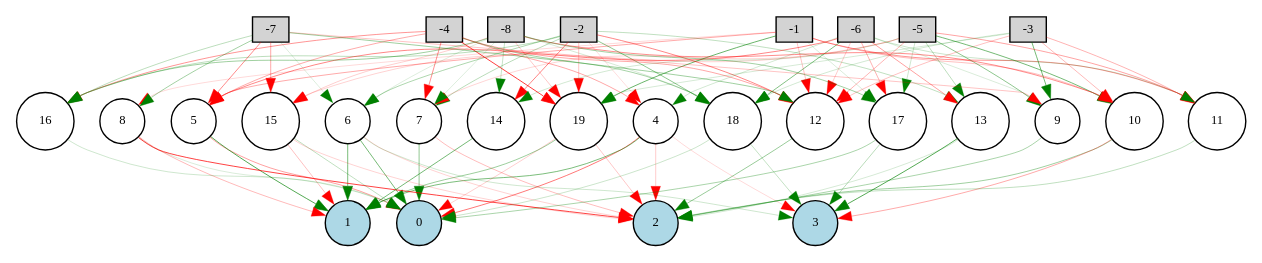
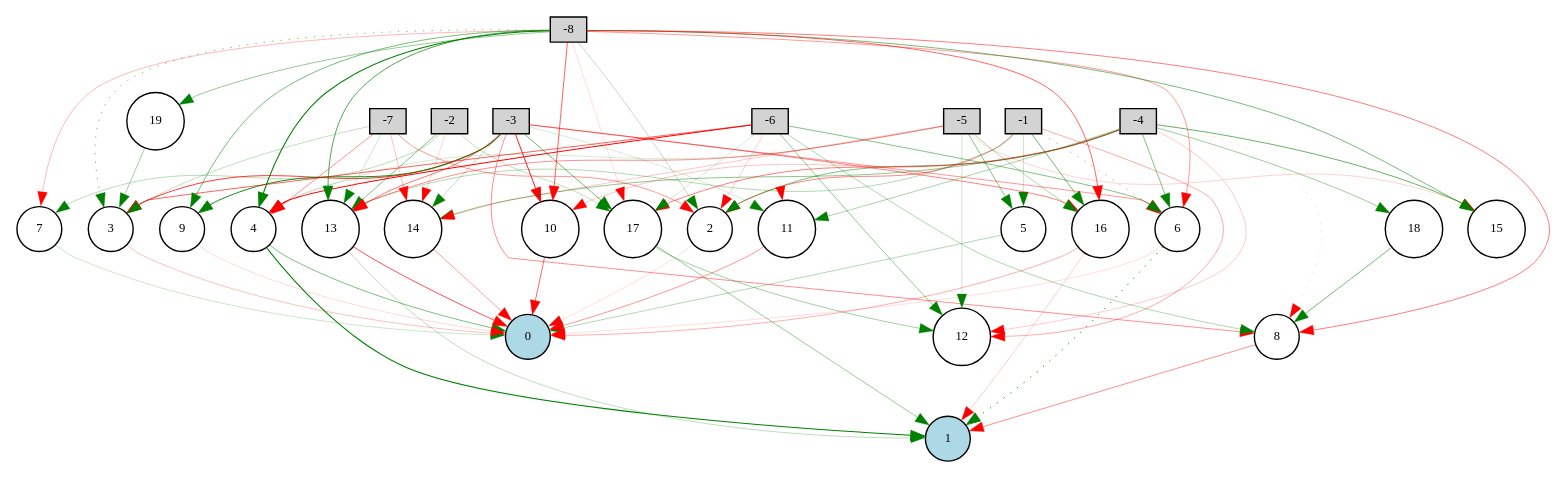
Before and after one commit to Syntox32/NEATure: the diagram in Digraph.gv, drawn with Graphviz. The commit also changed 6 other files, not shown here.

```diff
--- a/Digraph.gv
+++ b/Digraph.gv
@@ -1,127 +1,116 @@
 digraph {
 	node [fontsize=9 height=0.2 shape=circle width=0.2]
 	-1 [fillcolor=lightgray shape=box style=filled]
 	-2 [fillcolor=lightgray shape=box style=filled]
 	-3 [fillcolor=lightgray shape=box style=filled]
 	-4 [fillcolor=lightgray shape=box style=filled]
 	-5 [fillcolor=lightgray shape=box style=filled]
 	-6 [fillcolor=lightgray shape=box style=filled]
 	-7 [fillcolor=lightgray shape=box style=filled]
 	-8 [fillcolor=lightgray shape=box style=filled]
 	0 [fillcolor=lightblue style=filled]
 	1 [fillcolor=lightblue style=filled]
-	2 [fillcolor=lightblue style=filled]
-	3 [fillcolor=lightblue style=filled]
+	2 [fillcolor=white style=filled]
+	3 [fillcolor=white style=filled]
 	4 [fillcolor=white style=filled]
 	5 [fillcolor=white style=filled]
 	6 [fillcolor=white style=filled]
 	7 [fillcolor=white style=filled]
 	8 [fillcolor=white style=filled]
 	9 [fillcolor=white style=filled]
 	10 [fillcolor=white style=filled]
 	11 [fillcolor=white style=filled]
 	12 [fillcolor=white style=filled]
 	13 [fillcolor=white style=filled]
 	14 [fillcolor=white style=filled]
 	15 [fillcolor=white style=filled]
 	16 [fillcolor=white style=filled]
 	17 [fillcolor=white style=filled]
 	18 [fillcolor=white style=filled]
 	19 [fillcolor=white style=filled]
-		-3 -> 11 [color=red penwidth=0.22157885805143343 style=solid]
-		6 -> 2 [color=red penwidth=0.1281644853517922 style=solid]
-		-6 -> 11 [color=green penwidth=0.15375551859060088 style=solid]
-		14 -> 1 [color=green penwidth=0.39141069092293534 style=solid]
-		-3 -> 10 [color=red penwidth=0.19728956615981386 style=solid]
-		-6 -> 13 [color=red penwidth=0.2747460639768723 style=solid]
-		13 -> 2 [color=green penwidth=0.1161055111191735 style=solid]
-		18 -> 0 [color=green penwidth=0.1530408400915826 style=solid]
-		-1 -> 5 [color=red penwidth=0.23649714263149682 style=solid]
-		17 -> 3 [color=green penwidth=0.20253962631761951 style=solid]
-		4 -> 3 [color=red penwidth=0.1116242493584734 style=solid]
-		-5 -> 11 [color=red penwidth=0.25984941222842395 style=solid]
-		19 -> 0 [color=red penwidth=0.13680585548960147 style=solid]
-		8 -> 0 [color=green penwidth=0.10607905869142994 style=solid]
-		19 -> 2 [color=red penwidth=0.15772712293592644 style=solid]
-		-5 -> 13 [color=green penwidth=0.18842174760066155 style=solid]
-		-5 -> 10 [color=green penwidth=0.3920239029907405 style=solid]
-		4 -> 0 [color=red penwidth=0.38382142674962483 style=solid]
-		-8 -> 10 [color=red penwidth=0.31568870608122834 style=solid]
-		-1 -> 17 [color=green penwidth=0.11370804342747555 style=solid]
-		-3 -> 9 [color=green penwidth=0.3914079012366207 style=solid]
-		-7 -> 6 [color=green penwidth=0.10127121367536775 style=solid]
-		-8 -> 16 [color=green penwidth=0.26813087647152245 style=solid]
-		5 -> 1 [color=green penwidth=0.48188121097611003 style=solid]
-		10 -> 2 [color=green penwidth=0.26521291343303594 style=solid]
-		-1 -> 11 [color=red penwidth=0.2993920645166984 style=solid]
-		-6 -> 4 [color=green penwidth=0.12948200160381362 style=solid]
-		19 -> 1 [color=green penwidth=0.279357077693248 style=solid]
-		-4 -> 4 [color=red penwidth=0.24896835810560938 style=solid]
-		11 -> 2 [color=green penwidth=0.18400698672437005 style=solid]
-		17 -> 0 [color=green penwidth=0.23691203923182189 style=solid]
-		-5 -> 17 [color=green penwidth=0.1377935793951668 style=solid]
-		-5 -> 15 [color=red penwidth=0.1271050738610737 style=solid]
-		15 -> 2 [color=red penwidth=0.12722562366014648 style=solid]
-		-2 -> 19 [color=red penwidth=0.1665109170251904 style=solid]
-		-4 -> 5 [color=red penwidth=0.23831778269215953 style=solid]
-		-4 -> 7 [color=red penwidth=0.31002312448429703 style=solid]
-		-4 -> 19 [color=red penwidth=0.538630247061856 style=solid]
-		-8 -> 14 [color=green penwidth=0.161493047033908 style=solid]
-		-1 -> 12 [color=red penwidth=0.1724725697863477 style=solid]
-		-2 -> 14 [color=red penwidth=0.35276739103240407 style=solid]
-		-3 -> 18 [color=green penwidth=0.12544287343206045 style=solid]
-		10 -> 3 [color=red penwidth=0.24276192882755024 style=solid]
-		-8 -> 15 [color=red penwidth=0.13640154569908292 style=solid]
-		-2 -> 18 [color=green penwidth=0.31999899993580483 style=solid]
-		-7 -> 5 [color=red penwidth=0.3321244121686471 style=solid]
-		-1 -> 19 [color=green penwidth=0.42184949735019517 style=solid]
-		-2 -> 6 [color=green penwidth=0.2293341158079956 style=solid]
-		12 -> 2 [color=green penwidth=0.2892805408564141 style=solid]
-		-1 -> 8 [color=red penwidth=0.10757620158473868 style=solid]
-		-2 -> 4 [color=red penwidth=0.10285800169716909 style=solid]
-		7 -> 2 [color=red penwidth=0.18774125833476457 style=solid]
-		-6 -> 5 [color=red penwidth=0.3359041192071265 style=solid]
-		-5 -> 14 [color=green penwidth=0.12516346622912503 style=solid]
-		-4 -> 12 [color=red penwidth=0.2478461874642039 style=solid]
-		-8 -> 19 [color=red penwidth=0.1605853039798742 style=solid]
-		9 -> 2 [color=green penwidth=0.24382218626897495 style=solid]
-		-2 -> 12 [color=red penwidth=0.33728751087853204 style=solid]
-		-6 -> 12 [color=red penwidth=0.14616277853524318 style=solid]
-		13 -> 3 [color=green penwidth=0.4823030290679211 style=solid]
-		7 -> 0 [color=green penwidth=0.3068498978445384 style=solid]
-		6 -> 3 [color=green penwidth=0.1390910421244133 style=solid]
-		8 -> 1 [color=red penwidth=0.1950697848087528 style=solid]
-		-2 -> 16 [color=green penwidth=0.1917817971009 style=solid]
-		-6 -> 18 [color=green penwidth=0.3520229350392141 style=solid]
-		-5 -> 7 [color=red penwidth=0.12233600301091188 style=solid]
-		-3 -> 19 [color=green penwidth=0.11942582812827307 style=solid]
-		-8 -> 17 [color=green penwidth=0.26267925174501916 style=solid]
-		4 -> 1 [color=green penwidth=0.3657963333744918 style=solid]
-		4 -> 2 [color=red penwidth=0.15414913718936019 style=solid]
-		-5 -> 12 [color=red penwidth=0.2145686185008231 style=solid]
-		-6 -> 17 [color=red penwidth=0.21731809053290158 style=solid]
-		-7 -> 9 [color=red penwidth=0.1724042280783033 style=solid]
-		-7 -> 16 [color=green penwidth=0.185154944174141 style=solid]
-		6 -> 1 [color=green penwidth=0.38106011786870964 style=solid]
-		-7 -> 12 [color=green penwidth=0.26757810217936584 style=solid]
-		-2 -> 7 [color=green penwidth=0.2041840304517728 style=solid]
-		-4 -> 18 [color=green penwidth=0.2518171068071069 style=solid]
-		-2 -> 13 [color=green penwidth=0.1841635592603778 style=solid]
-		18 -> 3 [color=green penwidth=0.173799734254869 style=solid]
-		6 -> 0 [color=green penwidth=0.38840628992620485 style=solid]
-		-4 -> 16 [color=red penwidth=0.29971820096930246 style=solid]
-		-8 -> 18 [color=green penwidth=0.12302810985775399 style=solid]
-		-8 -> 6 [color=green penwidth=0.10452518039256561 style=solid]
-		15 -> 0 [color=green penwidth=0.1849764974285236 style=solid]
-		-5 -> 9 [color=green penwidth=0.32438222158276275 style=solid]
-		5 -> 0 [color=red penwidth=0.2739407391705234 style=solid]
-		15 -> 1 [color=red penwidth=0.1754694721995248 style=solid]
-		-8 -> 7 [color=green penwidth=0.10350395640720592 style=solid]
-		16 -> 0 [color=green penwidth=0.14027247349979083 style=solid]
-		8 -> 2 [color=red penwidth=0.5274100241774792 style=solid]
-		-6 -> 9 [color=green penwidth=0.11212375324650593 style=solid]
-		-7 -> 8 [color=green penwidth=0.2629881221843179 style=solid]
-		-1 -> 10 [color=red penwidth=0.1775979065383314 style=solid]
-		-3 -> 12 [color=red penwidth=0.18100649814711034 style=solid]
-		-7 -> 15 [color=red penwidth=0.24715410008449865 style=solid]
+		-3 -> 8 [color=red penwidth=0.32117222027367553 style=solid]
+		-6 -> 12 [color=green penwidth=0.3127013344730575 style=solid]
+		9 -> 0 [color=red penwidth=0.11448653583802801 style=solid]
+		-5 -> 12 [color=green penwidth=0.1411370163569957 style=solid]
+		13 -> 0 [color=red penwidth=0.494044240107979 style=solid]
+		-8 -> 17 [color=red penwidth=0.10098195391020938 style=solid]
+		-3 -> 10 [color=red penwidth=0.6370282809391455 style=solid]
+		-3 -> 16 [color=red penwidth=0.36104982823359555 style=solid]
+		-3 -> 17 [color=green penwidth=0.39701710307264304 style=solid]
+		7 -> 0 [color=green penwidth=0.14923409374790061 style=solid]
+		13 -> 1 [color=green penwidth=0.19408181071027714 style=solid]
+		-3 -> 3 [color=red penwidth=0.5530077841909822 style=solid]
+		10 -> 0 [color=red penwidth=0.43454410789374476 style=solid]
+		-8 -> 7 [color=red penwidth=0.19577196262536017 style=solid]
+		2 -> 0 [color=red penwidth=0.1015063555966235 style=solid]
+		-6 -> 4 [color=red penwidth=0.7188424604587645 style=solid]
+		-3 -> 9 [color=green penwidth=0.6435717403321735 style=solid]
+		6 -> 1 [color=green penwidth=0.5700504561149756 style=dotted]
+		-7 -> 4 [color=red penwidth=0.3121606366424451 style=solid]
+		-1 -> 12 [color=red penwidth=0.2388941570909279 style=solid]
+		-6 -> 2 [color=red penwidth=0.13903763143433778 style=solid]
+		-2 -> 7 [color=green penwidth=0.2031791025770469 style=solid]
+		4 -> 0 [color=green penwidth=0.3680985957833409 style=solid]
+		-6 -> 17 [color=green penwidth=0.12552700644151515 style=solid]
+		-1 -> 6 [color=red penwidth=0.3163566382225129 style=dotted]
+		-1 -> 5 [color=green penwidth=0.1574603601191661 style=solid]
+		-4 -> 8 [color=red penwidth=0.12685986977844282 style=dotted]
+		-3 -> 6 [color=red penwidth=0.29575782925862076 style=solid]
+		5 -> 0 [color=green penwidth=0.21664285483482199 style=solid]
+		-7 -> 3 [color=green penwidth=0.17843423230941746 style=solid]
+		-4 -> 14 [color=green penwidth=0.3214349852606871 style=solid]
+		3 -> 0 [color=red penwidth=0.17941673930285273 style=solid]
+		-1 -> 16 [color=green penwidth=0.3875690635603404 style=solid]
+		-5 -> 5 [color=green penwidth=0.3380645919300822 style=solid]
+		14 -> 0 [color=red penwidth=0.274208484183073 style=solid]
+		6 -> 0 [color=red penwidth=0.10359279265081561 style=solid]
+		-4 -> 2 [color=green penwidth=0.3637843889814113 style=solid]
+		-6 -> 11 [color=red penwidth=0.10788970448962402 style=dotted]
+		-8 -> 15 [color=green penwidth=0.3791760355212689 style=solid]
+		-7 -> 2 [color=red penwidth=0.28618557406626854 style=solid]
+		16 -> 0 [color=red penwidth=0.2274381761474639 style=solid]
+		-8 -> 2 [color=green penwidth=0.1790420832538212 style=solid]
+		-7 -> 14 [color=red penwidth=0.1750815266357591 style=solid]
+		-1 -> 2 [color=red penwidth=0.3532807167632811 style=solid]
+		-8 -> 13 [color=green penwidth=0.4885085461257822 style=solid]
+		8 -> 1 [color=red penwidth=0.3238321711045803 style=solid]
+		-8 -> 9 [color=green penwidth=0.37543665869436016 style=solid]
+		-6 -> 6 [color=green penwidth=0.35054127297340454 style=solid]
+		-2 -> 17 [color=green penwidth=0.1806086996973275 style=solid]
+		-8 -> 3 [color=green penwidth=0.35920735338029364 style=dotted]
+		-3 -> 13 [color=red penwidth=0.3946316779282346 style=solid]
+		4 -> 1 [color=green penwidth=0.7342366068850068 style=solid]
+		-8 -> 8 [color=red penwidth=0.3737785575599717 style=solid]
+		-2 -> 13 [color=green penwidth=0.3527942463054795 style=solid]
+		-4 -> 10 [color=red penwidth=0.17331928094942187 style=solid]
+		-5 -> 15 [color=red penwidth=0.13452361179016586 style=solid]
+		16 -> 1 [color=red penwidth=0.14006629910116603 style=solid]
+		-3 -> 11 [color=green penwidth=0.11592758895597619 style=solid]
+		-4 -> 17 [color=red penwidth=0.3655827914784374 style=solid]
+		-8 -> 6 [color=red penwidth=0.28052929588469167 style=solid]
+		-4 -> 11 [color=green penwidth=0.254621090709515 style=solid]
+		-6 -> 3 [color=red penwidth=0.45326877931917287 style=solid]
+		-5 -> 16 [color=green penwidth=0.22530134215147607 style=solid]
+		-8 -> 16 [color=red penwidth=0.42525517866814166 style=solid]
+		-3 -> 14 [color=green penwidth=0.18451884405034563 style=solid]
+		-5 -> 14 [color=red penwidth=0.1741368775091499 style=solid]
+		-2 -> 14 [color=red penwidth=0.1180463341251534 style=solid]
+		17 -> 1 [color=green penwidth=0.29202732581247925 style=solid]
+		-7 -> 13 [color=green penwidth=0.13918410742459644 style=solid]
+		-8 -> 10 [color=red penwidth=0.44547624644924677 style=solid]
+		-3 -> 4 [color=green penwidth=0.13409534998254596 style=solid]
+		-6 -> 8 [color=green penwidth=0.2323396126417516 style=solid]
+		-5 -> 4 [color=green penwidth=0.11756801377967549 style=solid]
+		-1 -> 13 [color=green penwidth=0.2183962126168496 style=solid]
+		-4 -> 12 [color=red penwidth=0.14879080506931924 style=solid]
+		11 -> 0 [color=red penwidth=0.29877155872117034 style=solid]
+		-4 -> 6 [color=green penwidth=0.35440476206269267 style=solid]
+		-4 -> 15 [color=green penwidth=0.4335083076865561 style=solid]
+		-8 -> 4 [color=green penwidth=0.7492289176405441 style=solid]
+		-5 -> 13 [color=red penwidth=0.3164544527508067 style=solid]
+		-4 -> 18 [color=green penwidth=0.27709159912495307 style=solid]
+		18 -> 8 [color=green penwidth=0.3848301568217344 style=solid]
+		17 -> 12 [color=green penwidth=0.26605946837900396 style=solid]
+		-8 -> 19 [color=green penwidth=0.30000000000000004 style=solid]
+		19 -> 3 [color=green penwidth=0.2661496160002479 style=solid]
 }
```
